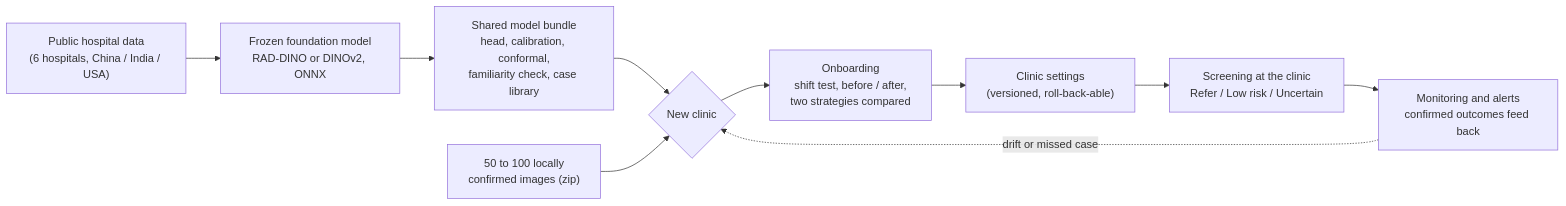
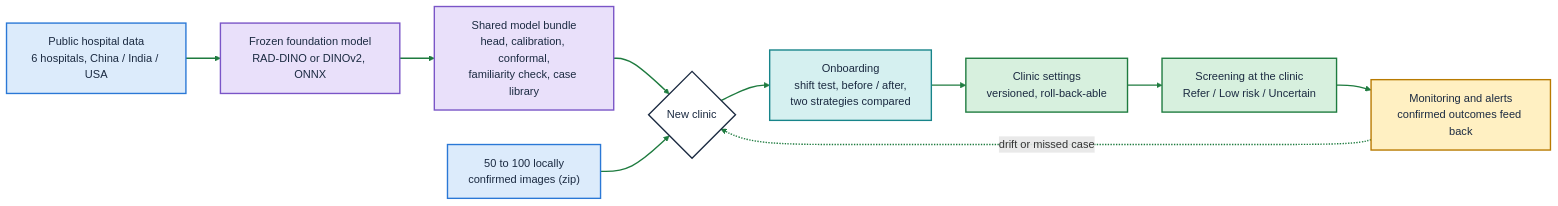
Before and after one commit to hrdk6/Neural-Storm-Hackathon: the first of 8 diagrams in README.md, drawn with Mermaid. The commit also changed other lines of this file, not shown here.

````diff
--- a/README.md
+++ b/README.md
@@ -54,12 +54,20 @@
 ```mermaid
 flowchart LR
-    A["Public hospital data<br/>(6 hospitals, China / India / USA)"] --> B["Frozen foundation model<br/>RAD-DINO or DINOv2, ONNX"]
-    B --> C["Shared model bundle<br/>head, calibration, conformal,<br/>familiarity check, case library"]
-    C --> D{"New clinic"}
-    E["50 to 100 locally<br/>confirmed images (zip)"] --> D
-    D --> F["Onboarding<br/>shift test, before / after,<br/>two strategies compared"]
-    F --> G["Clinic settings<br/>(versioned, roll-back-able)"]
-    G --> H["Screening at the clinic<br/>Refer / Low risk / Uncertain"]
-    H --> I["Monitoring and alerts<br/>confirmed outcomes feed back"]
+    classDef data fill:#DCEBFB,stroke:#2A78D6,stroke-width:2px,color:#1B2A41
+    classDef model fill:#E9E0FA,stroke:#7A55C7,stroke-width:2px,color:#1B2A41
+    classDef good fill:#D7F0DE,stroke:#1E7B3F,stroke-width:2px,color:#1B2A41
+    classDef warn fill:#FFF0C2,stroke:#B87A00,stroke-width:2px,color:#1B2A41
+    classDef bad fill:#FBE0DD,stroke:#C8302F,stroke-width:2px,color:#1B2A41
+    classDef info fill:#D5F0F0,stroke:#17848A,stroke-width:2px,color:#1B2A41
+    classDef gate fill:#FFFFFF,stroke:#1B2A41,stroke-width:2px,color:#1B2A41
+    A["Public hospital data<br/>6 hospitals, China / India / USA"]:::data --> B["Frozen foundation model<br/>RAD-DINO or DINOv2, ONNX"]:::model
+    B --> C["Shared model bundle<br/>head, calibration, conformal,<br/>familiarity check, case library"]:::model
+    C --> D{"New clinic"}:::gate
+    E["50 to 100 locally<br/>confirmed images (zip)"]:::data --> D
+    D --> F["Onboarding<br/>shift test, before / after,<br/>two strategies compared"]:::info
+    F --> G["Clinic settings<br/>versioned, roll-back-able"]:::good
+    G --> H["Screening at the clinic<br/>Refer / Low risk / Uncertain"]:::good
+    H --> I["Monitoring and alerts<br/>confirmed outcomes feed back"]:::warn
     I -.->|"drift or missed case"| D
+    linkStyle default stroke:#1E7B3F,stroke-width:2px
 ```
````
